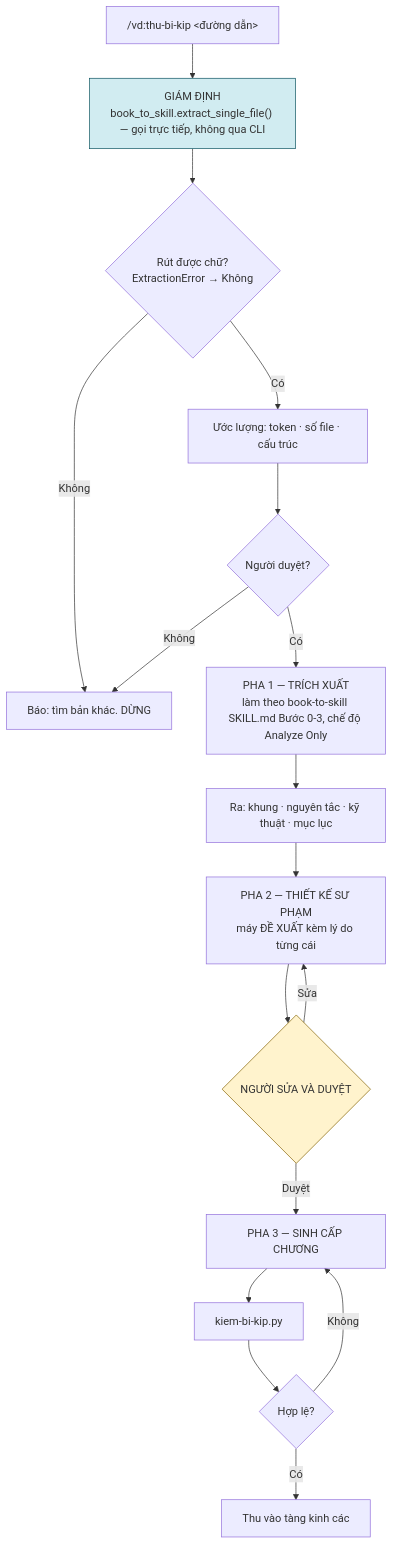
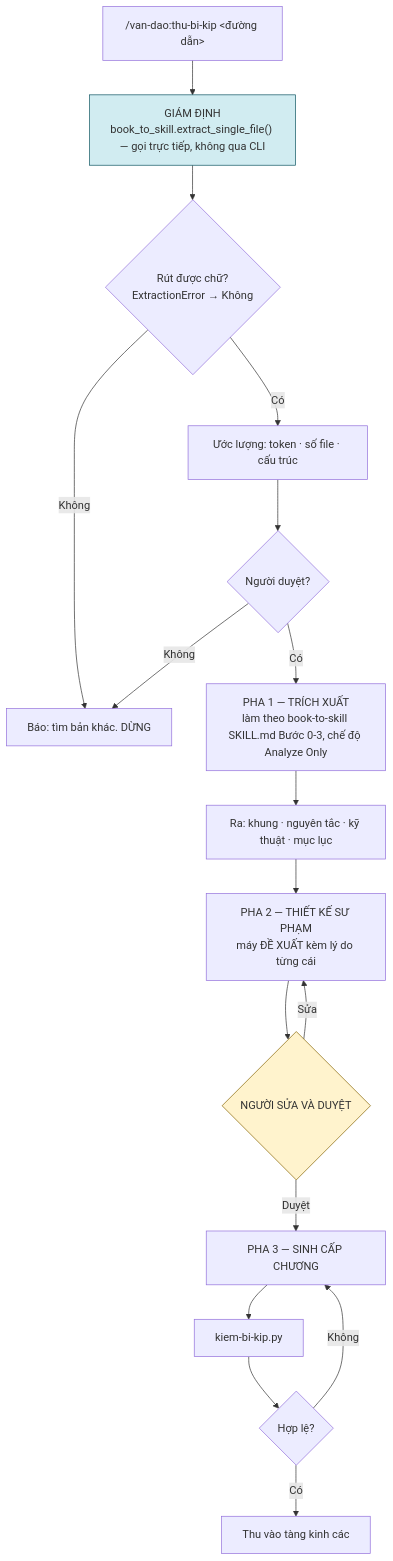
One commit to hanh9898/van-dao-workspace changed the eighth of 13 diagrams in docs/VAN-DAO-dac-ta-v1.0.md. Above: the diagram before and after it, drawn with Mermaid. The commit also changed other lines of this file and 3 other files, not shown here.

First line of the commit message:
feat: Story 1.2 xong — spec, /van-dao:* xuyên suốt, defer chuyển tiếng Anh

````diff
--- a/docs/VAN-DAO-dac-ta-v1.0.md
+++ b/docs/VAN-DAO-dac-ta-v1.0.md
@@ -948,21 +948,21 @@
 ```mermaid
 flowchart TD
-    A["/vd:thu-bi-kip <đường dẫn>"] --> G["GIÁM ĐỊNH<br/>book_to_skill.extract_single_file() — gọi trực tiếp, không qua CLI"]
+    A["/van-dao:thu-bi-kip <đường dẫn>"] --> G["GIÁM ĐỊNH<br/>book_to_skill.extract_single_file() — gọi trực tiếp, không qua CLI"]
     G --> G2{"Rút được chữ?<br/>ExtractionError → Không"}
     G2 -->|Không| Z["Báo: tìm bản khác. DỪNG"]
     G2 -->|Có| B["Ước lượng: token · số file · cấu trúc"]
     B --> C{"Người duyệt?"}
     C -->|Không| Z
     C -->|Có| D["PHA 1 — TRÍCH XUẤT<br/>làm theo book-to-skill SKILL.md Bước 0-3, chế độ Analyze Only"]
     D --> E["Ra: khung · nguyên tắc · kỹ thuật · mục lục"]
     E --> F["PHA 2 — THIẾT KẾ SƯ PHẠM<br/>máy ĐỀ XUẤT kèm lý do từng cái"]
     F --> H{"NGƯỜI SỬA VÀ DUYỆT"}
     H -->|Sửa| F
     H -->|Duyệt| I["PHA 3 — SINH CẤP CHƯƠNG"]
     I --> J["kiem-bi-kip.py"]
     J --> K{"Hợp lệ?"}
     K -->|Không| I
     K -->|Có| L["Thu vào tàng kinh các"]
     style H fill:#fff3cd,stroke:#856404
     style G fill:#d1ecf1,stroke:#0c5460
 ```
````
